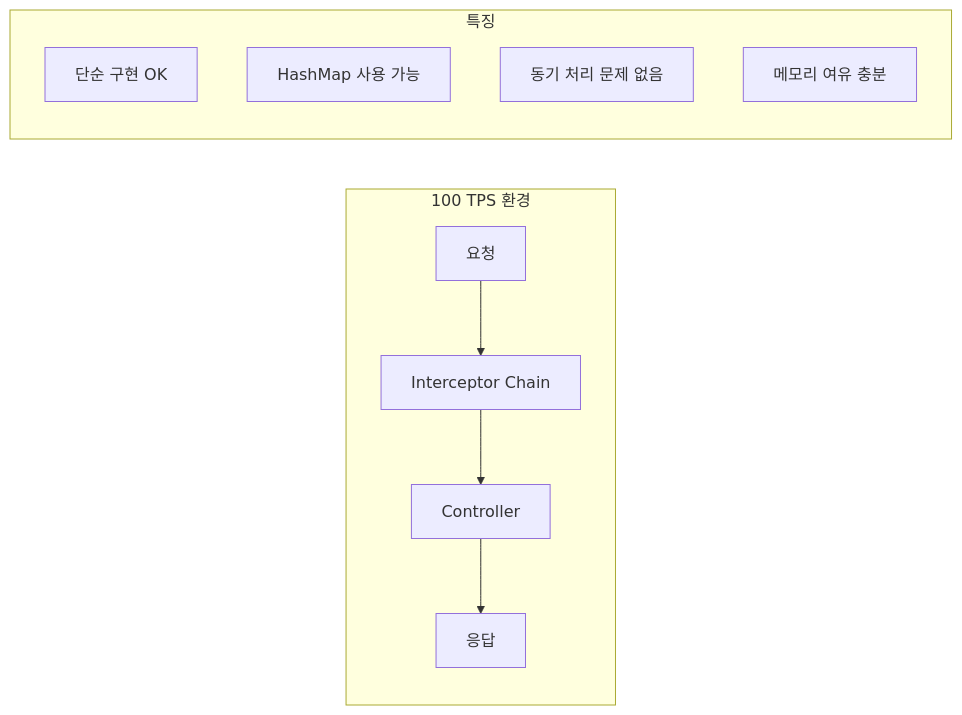
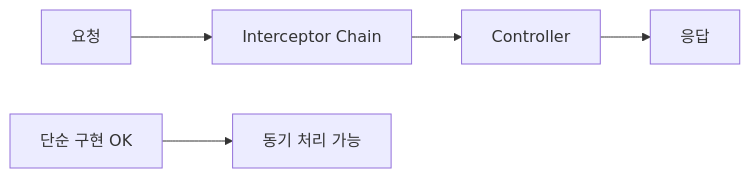
One commit to yjkim2015/yjkim2015.github.io changed the sixth of 8 diagrams in _posts/spring/2026-05-02-spring-interceptor.md. Above: the diagram before and after it, drawn with Mermaid. The commit also changed other lines of this file and 155 other files, not shown here.

First line of the commit message:
Mermaid 전면 수정: subgraph 제거, participant/노드/줄수 축소 (342블록)

````diff
--- a/_posts/spring/2026-05-02-spring-interceptor.md
+++ b/_posts/spring/2026-05-02-spring-interceptor.md
@@ -897,14 +888,7 @@
 ```mermaid
 graph LR
-    subgraph "100 TPS 환경"
-        A["요청"] --> B[Interceptor Chain]
-        B --> C[Controller]
-        C --> D["응답"]
-    end
-    subgraph "특징"
-        E["단순 구현 OK"]
-        F["HashMap 사용 가능"]
-        G["동기 처리 문제 없음"]
-        H["메모리 여유 충분"]
-    end
+    A["요청"] --> B[Interceptor Chain]
+    B --> C[Controller]
+    C --> D["응답"]
+    E["단순 구현 OK"] --> F["동기 처리 가능"]
 ```
````
